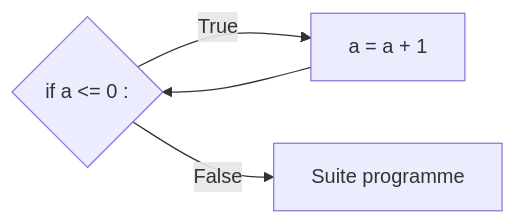
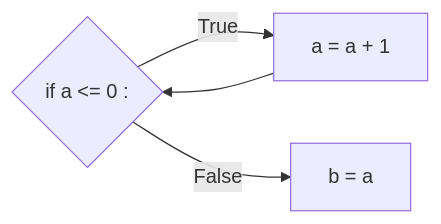
The diagram in première/Constructions élémentaires/Boucles_non_bornées.md (boddaert/nsi), drawn with Mermaid before and after one commit. The commit also changed other lines of this file and 43 other files, not shown here.

````diff
--- a/première/Constructions élémentaires/Boucles_non_bornées.md
+++ b/première/Constructions élémentaires/Boucles_non_bornées.md
@@ -40,7 +40,7 @@
 ```mermaid
   graph LR;
       A{if a <= 0 :};
       A--True-->B[a = a + 1];
       B-->A;
-      A--False-->C[Suite programme];
+      A--False-->C[b = a];
 ```
````
